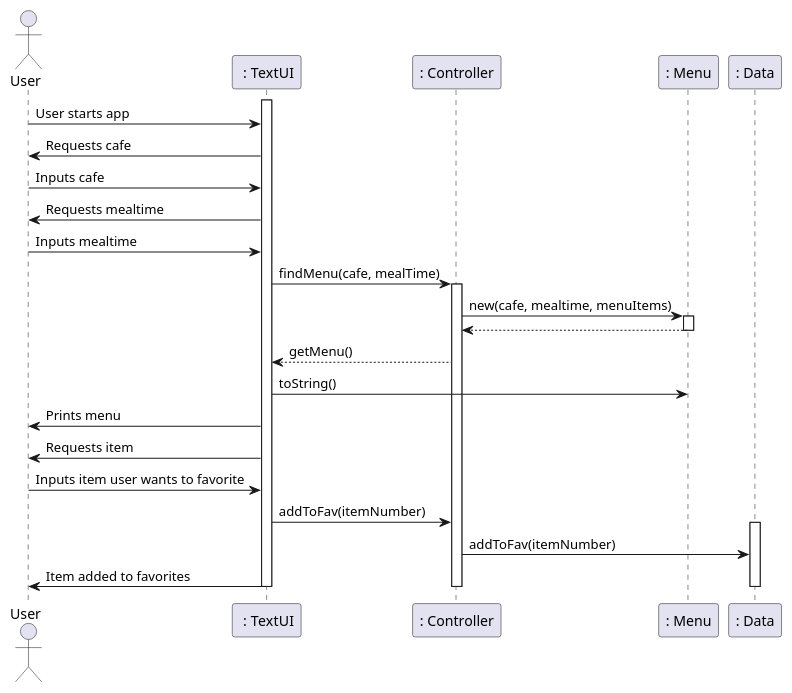
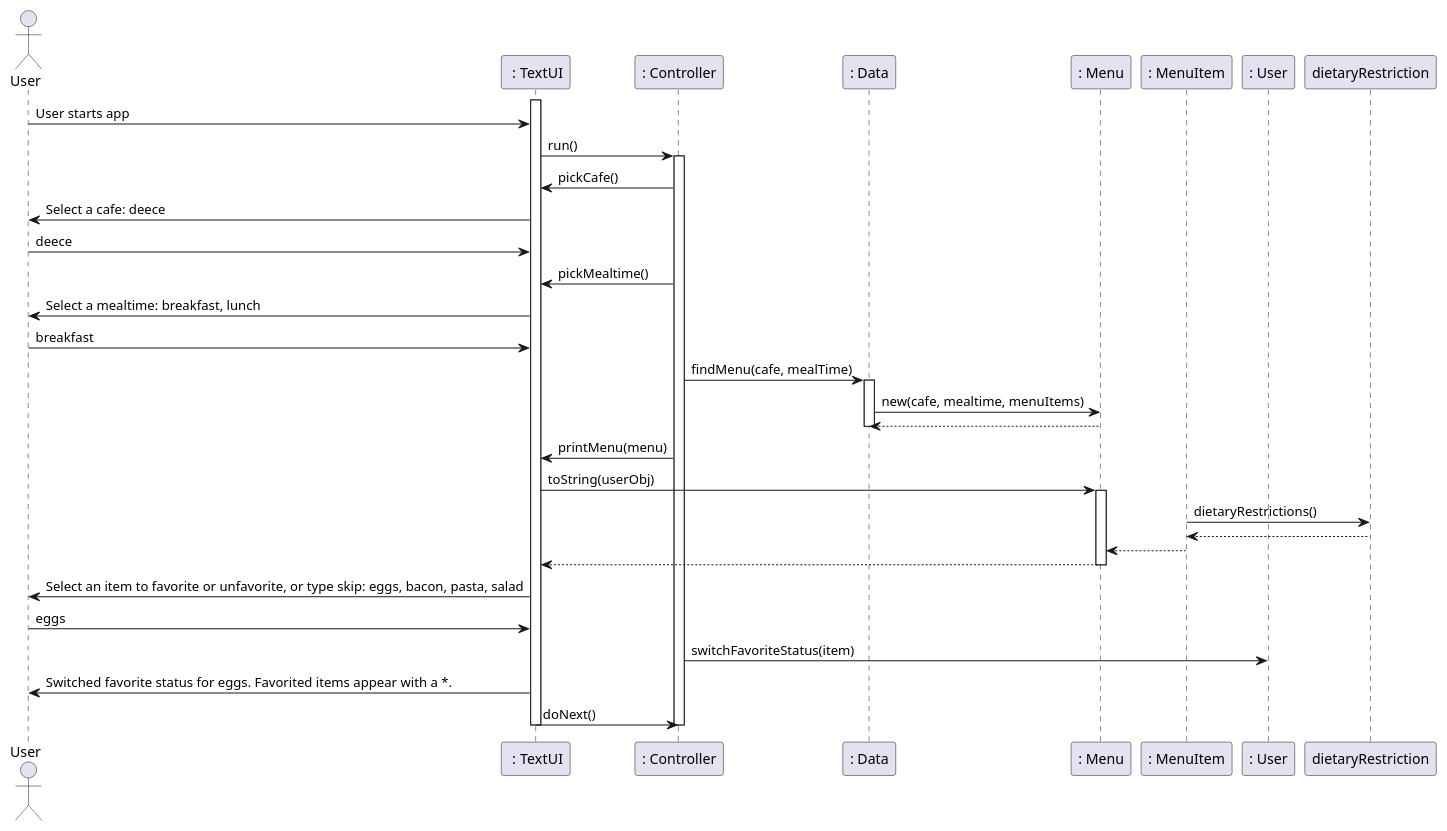
The diagram in doc/sequence-diagram.md (rkilpadi/vassar-dining-app), drawn with PlantUML before and after one commit. The commit also changed 2 other files, not shown here.

Commit message:
design, sequence, test-report edits

````diff
--- a/doc/sequence-diagram.md
+++ b/doc/sequence-diagram.md
@@ -1,44 +1,49 @@
 ```plantuml
 actor User as user
 participant " : TextUI" as textUI
 participant ": Controller" as controller
+participant ": Data" as data
 participant ": Menu" as menu
-participant ": Data" as data
+participant ": MenuItem" as menuItem
+participant ": User" as userObj
 
 activate textUI
 user -> textUI : User starts app
 
-textUI -> user : Requests cafe
-user -> textUI : Inputs cafe
-textUI -> user : Requests mealtime
-user -> textUI : Inputs mealtime
-
-textUI -> controller : findMenu(cafe, mealTime)
+textUI -> controller : run()
 
 activate controller
-controller -> menu : new(cafe, mealtime, menuItems)
+controller -> textUI : pickCafe()
+textUI -> user : Select a cafe: deece
+user -> textUI : deece
+controller -> textUI : pickMealtime()
+textUI -> user : Select a mealtime: breakfast, lunch
+user -> textUI : breakfast
+controller -> data : findMenu(cafe, mealTime)
+
+activate data
+data -> menu : new(cafe, mealtime, menuItems)
+menu --> data
+deactivate data
+
+controller -> textUI : printMenu(menu)
+textUI -> menu : toString(userObj)
 
 activate menu
-menu --> controller
+menuItem -> dietaryRestriction : dietaryRestrictions()
+dietaryRestriction --> menuItem
+menuItem --> menu
+menu --> textUI
 deactivate menu
-controller --> textUI : getMenu()
 
-textUI -> menu : toString()
+textUI -> user : Select an item to favorite or unfavorite, or type skip: eggs, bacon, pasta, salad
+user -> textUI : eggs
+controller -> userObj : switchFavoriteStatus(item)
 
-textUI -> user : Prints menu
+textUI -> user : Switched favorite status for eggs. Favorited items appear with a *.
+textUI -> controller : doNext()
 
-textUI -> user : Requests item 
-user -> textUI : Inputs item user wants to favorite
-
-textUI -> controller : addToFav(itemNumber)
-
-activate data
-controller -> data : addToFav(itemNumber)
-
-textUI -> user : Item added to favorites
-
-deactivate data
 deactivate controller
 deactivate textUI
 
 ```
````
